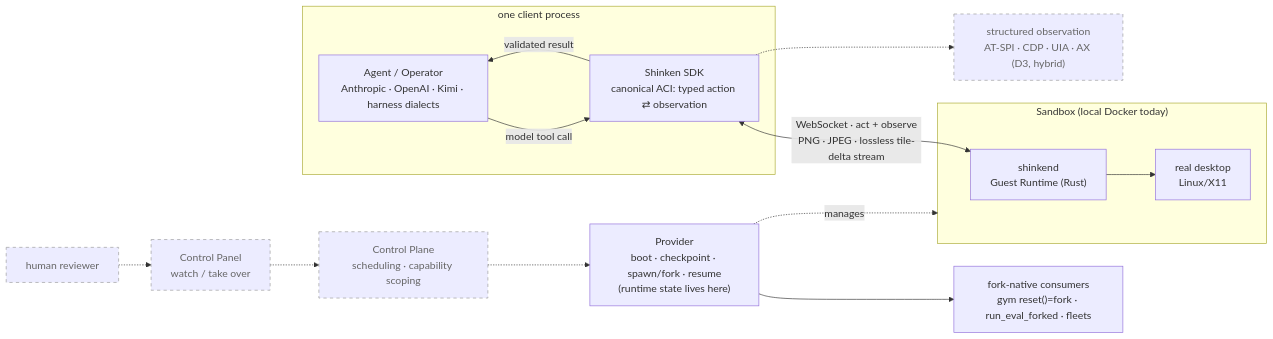
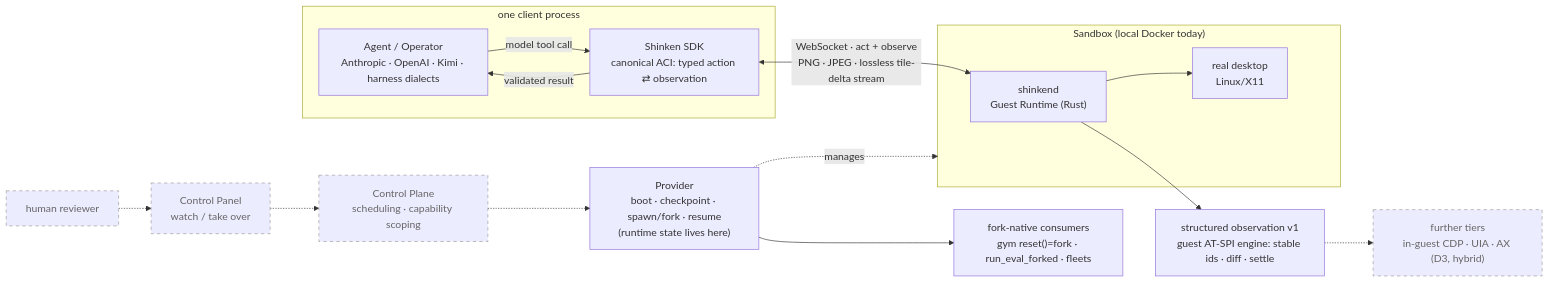
Before and after one commit to Meirtz/Shinken: the diagram in README.md, drawn with Mermaid. The commit also changed other lines of this file and 9 other files, not shown here.

````diff
--- a/README.md
+++ b/README.md
@@ -186,21 +191,22 @@
 ```mermaid
 flowchart LR
   subgraph proc["one client process"]
     Agent["Agent / Operator<br/>Anthropic · OpenAI · Kimi · harness dialects"]
     SDK["Shinken SDK<br/>canonical ACI: typed action ⇄ observation"]
     Agent -->|model tool call| SDK
     SDK -->|validated result| Agent
   end
   subgraph box["Sandbox (local Docker today)"]
     SK["shinkend<br/>Guest Runtime (Rust)"] --> Desktop["real desktop<br/>Linux/X11"]
   end
   SDK <-->|"WebSocket · act + observe<br/>PNG · JPEG · lossless tile-delta stream"| SK
   Provider["Provider<br/>boot · checkpoint · spawn/fork · resume<br/>(runtime state lives here)"] -.manages.-> box
   Provider --> Eval["fork-native consumers<br/>gym reset()=fork · run_eval_forked · fleets"]
 
-  SDK -.-> A11Y["structured observation<br/>AT-SPI · CDP · UIA · AX (D3, hybrid)"]:::d
+  SK --> OBS["structured observation v1<br/>guest AT-SPI engine: stable ids · diff · settle"]
+  OBS -.-> A11Y["further tiers<br/>in-guest CDP · UIA · AX (D3, hybrid)"]:::d
   CP["Control Plane<br/>scheduling · capability scoping"]:::d -.-> Provider
   Human["human reviewer"]:::d -.-> Panel["Control Panel<br/>watch / take over"]:::d
   Panel -.-> CP
   classDef d stroke-dasharray:5 5,stroke:#999,color:#666;
 ```
````
